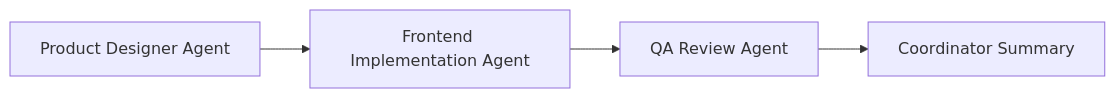
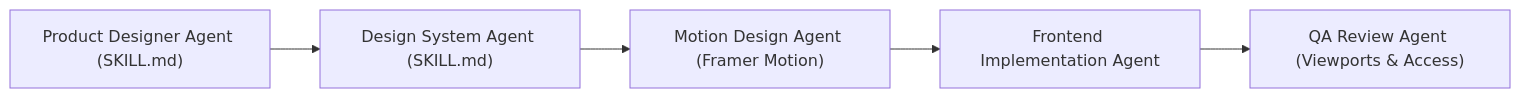
Before and after one commit to SercanOzkan55/CV-Analyzer: the fifth of 5 diagrams in README.md, drawn with Mermaid. The commit also changed other lines of this file and 14 other files, not shown here.

````diff
--- a/README.md
+++ b/README.md
@@ -335,6 +311,7 @@
 ```mermaid
 flowchart LR
-  design["Product Designer Agent"] --> implement["Frontend Implementation Agent"]
-  implement --> qa["QA Review Agent"]
-  qa --> summary["Coordinator Summary"]
+  design["Product Designer Agent (SKILL.md)"] --> token["Design System Agent (SKILL.md)"]
+  token --> motion["Motion Design Agent (Framer Motion)"]
+  motion --> implement["Frontend Implementation Agent"]
+  implement --> qa["QA Review Agent (Viewports & Access)"]
 ```
````
